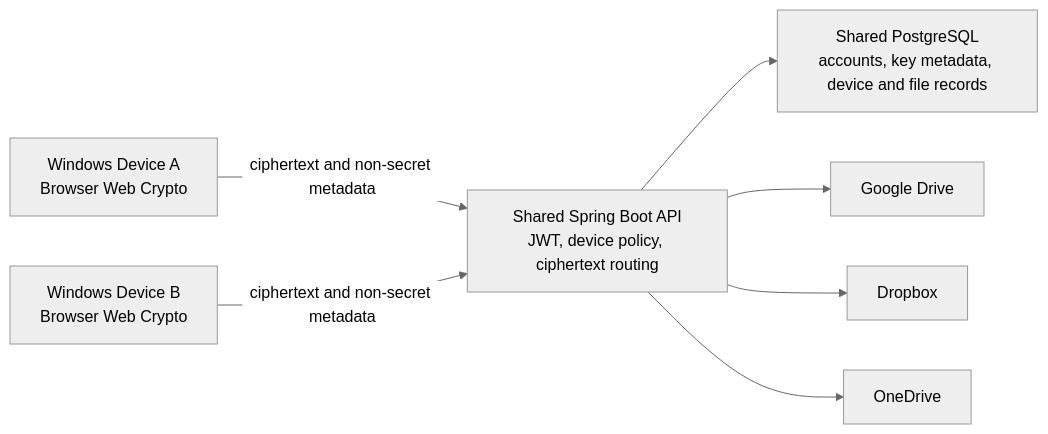
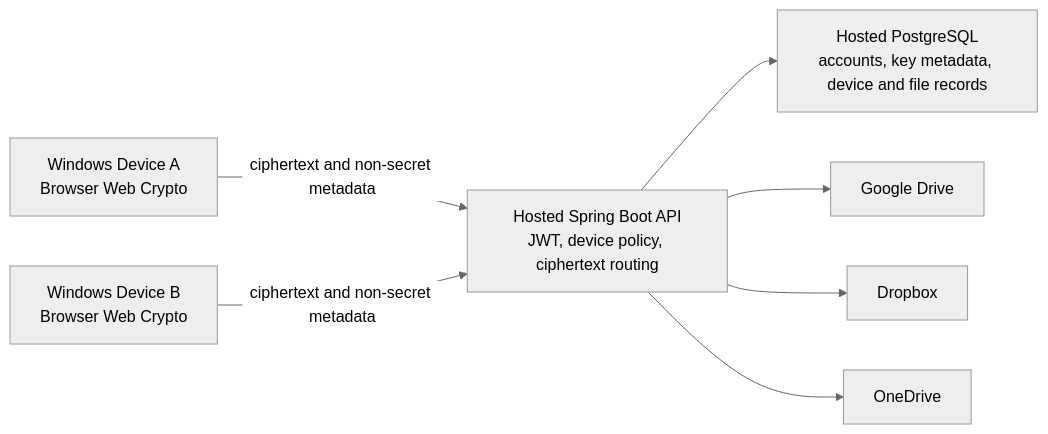
Before and after one commit to Kasimer-0/CSIT321-FY-Project-Seamless-File-Encryption-App-for-Cloud-: the diagram in README.md, drawn with Mermaid (neutral theme). The commit also changed other lines of this file and 7 other files, not shown here.

````diff
--- a/README.md
+++ b/README.md
@@ -20,17 +20,17 @@
 ```mermaid
 flowchart LR
     A["Windows Device A\nBrowser Web Crypto"]
     B["Windows Device B\nBrowser Web Crypto"]
-    API["Shared Spring Boot API\nJWT, device policy, ciphertext routing"]
-    DB["Shared PostgreSQL\naccounts, key metadata, device and file records"]
+    API["Hosted Spring Boot API\nJWT, device policy, ciphertext routing"]
+    DB["Hosted PostgreSQL\naccounts, key metadata, device and file records"]
     G["Google Drive"]
     D["Dropbox"]
     O["OneDrive"]
 
     A -->|"ciphertext and non-secret metadata"| API
     B -->|"ciphertext and non-secret metadata"| API
     API --> DB
     API --> G
     API --> D
     API --> O
 ```
````
